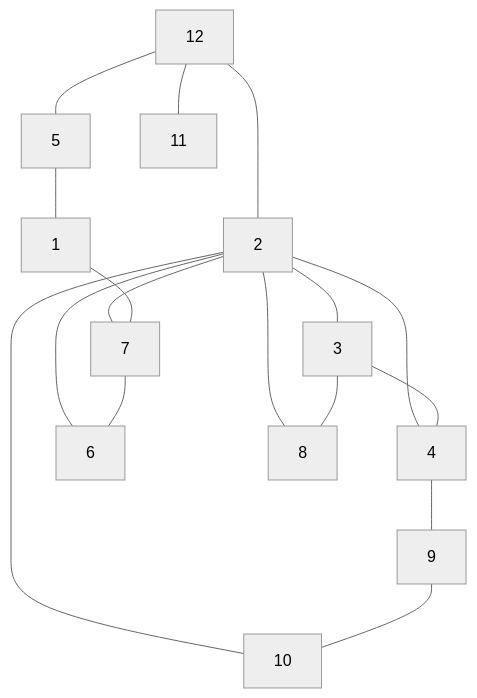
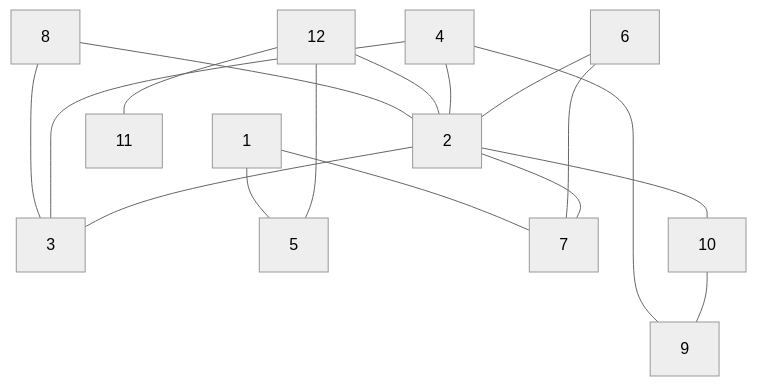
One commit to antononcube/Raku-Graph changed the diagram in README.md. Above: the diagram before and after it, drawn with Mermaid (neutral theme). The commit also changed other lines of this file and 1 other file, not shown here.

````diff
--- a/README.md
+++ b/README.md
@@ -156,19 +156,19 @@
 ```mermaid
 graph TD
-12 --- 2
+8 --- 3
+8 --- 2
+1 --- 7
+1 --- 5
 12 --- 5
 12 --- 11
+12 --- 2
+4 --- 3
+4 --- 9
+4 --- 2
+6 --- 2
+6 --- 7
+2 --- 7
+2 --- 10
 2 --- 3
-2 --- 10
-2 --- 8
-2 --- 7
-2 --- 6
-2 --- 4
-5 --- 1
-3 --- 4
-3 --- 8
-4 --- 9
-1 --- 7
-7 --- 6
-9 --- 10
+10 --- 9
 ```
````
